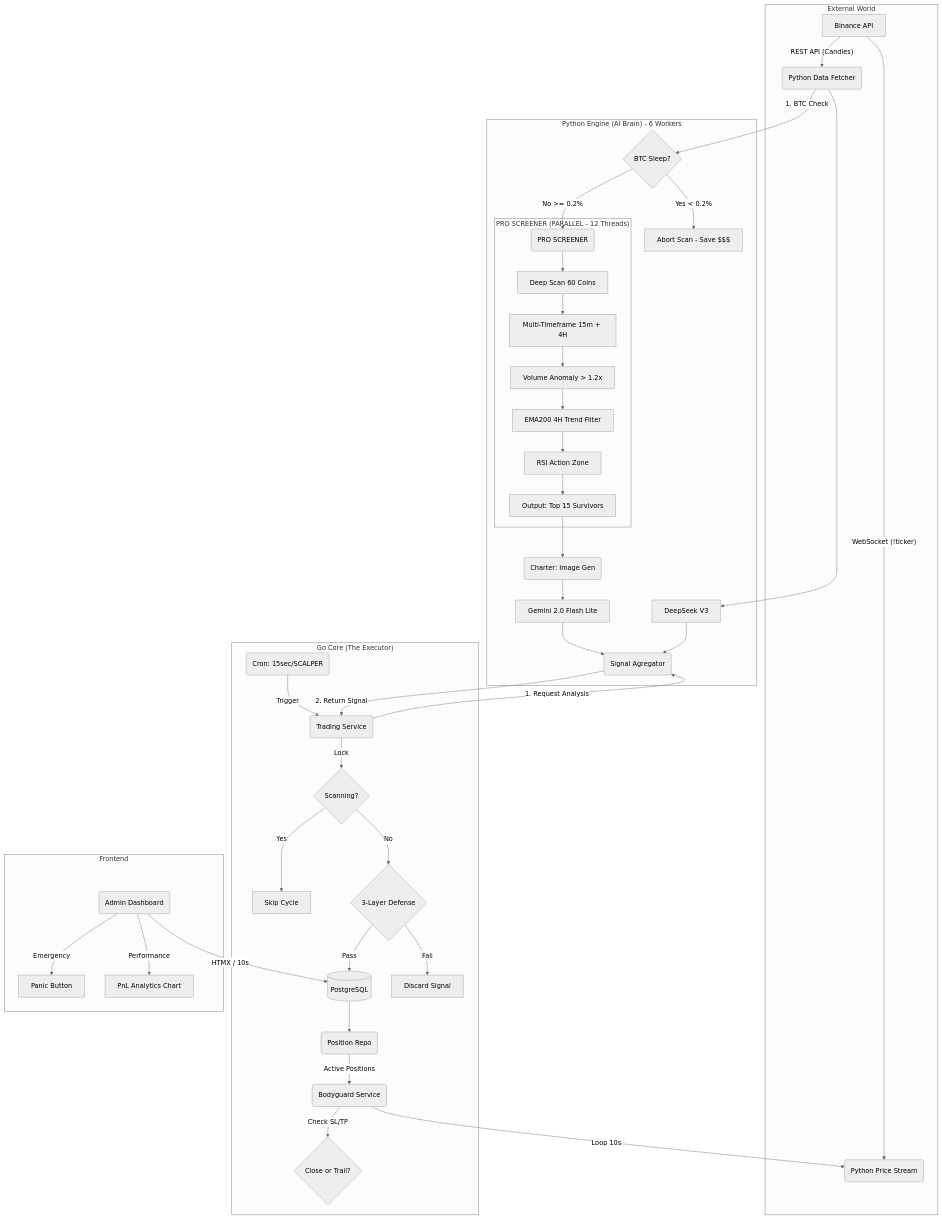
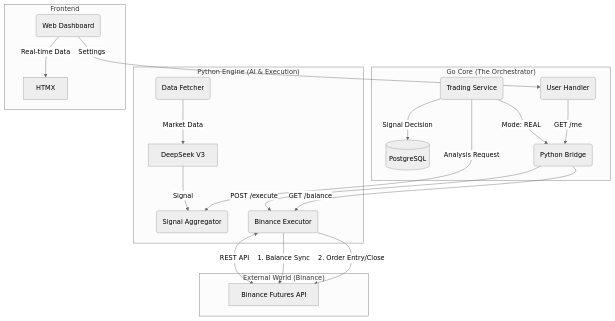
Before and after one commit to virhanali/neurotrade: the diagram in .claude/claude.md, drawn with Mermaid (neutral theme). The commit also changed other lines of this file and 2 other files, not shown here.

Commit message:
feat: Add real trading control and user settings UI, and update documentation to reflect real trading integration and execution engine details.

````diff
--- a/.claude/claude.md
+++ b/.claude/claude.md
@@ -51,51 +44,31 @@
 ```mermaid
 graph TD
-    subgraph "External World"
-        BINANCE[Binance API] --WebSocket (!ticker)--> PY_WS(Python Price Stream)
-        BINANCE --REST API (Candles)--> PY_DATA(Python Data Fetcher)
+    subgraph "External World (Binance)"
+        BINANCE[Binance Futures API]
     end
 
-    subgraph "Python Engine (AI Brain) - 6 Workers"
-        PY_DATA -->|1. BTC Check| BTC_FILTER{BTC Sleep?}
-        BTC_FILTER -->|Yes < 0.2%| STOP_SCAN[Abort Scan - Save $$$]
-        BTC_FILTER -->|No >= 0.2%| SCREENER(PRO SCREENER)
+    subgraph "Python Engine (AI & Execution)"
+        PY_DATA(Data Fetcher) -->|Market Data| AI_LOGIC[DeepSeek V3]
+        AI_LOGIC -->|Signal| AGGREGATOR(Signal Aggregator)
         
-        subgraph "PRO SCREENER (PARALLEL - 12 Threads)"
-            SCREENER --> DEEP_SCAN[Deep Scan 60 Coins]
-            DEEP_SCAN --> MTF[Multi-Timeframe 15m + 4H]
-            MTF --> VOL_CHECK[Volume Anomaly > 1.2x]
-            VOL_CHECK --> TREND_ALIGN[EMA200 4H Trend Filter]
-            TREND_ALIGN --> RSI_ZONE[RSI Action Zone]
-            RSI_ZONE --> TOP_N[Output: Top 15 Survivors]
-        end
-
-        TOP_N --> CHARTER(Charter: Image Gen)
-        CHARTER --> AI_VISION[Gemini 2.0 Flash Lite]
-        PY_DATA --> AI_LOGIC[DeepSeek V3]
-        AI_VISION & AI_LOGIC --> AGGREGATOR(Signal Agregator)
+        EXECUTOR(Binance Executor) <-->|REST API| BINANCE
+        EXECUTOR -->|1. Balance Sync| BINANCE
+        EXECUTOR -->|2. Order Entry/Close| BINANCE
     end
 
-    subgraph "Go Core (The Executor)"
-        SCHEDULER(Cron: 15sec/SCALPER) -->|Trigger| TRADING_SVC(Trading Service)
-        TRADING_SVC -->|1. Request Analysis| AGGREGATOR
-        AGGREGATOR -->|2. Return Signal| TRADING_SVC
+    subgraph "Go Core (The Orchestrator)"
+        TRADING_SVC(Trading Service) -->|Analysis Request| AGGREGATOR
+        TRADING_SVC -->|Signal Decision| DB[(PostgreSQL)]
         
-        TRADING_SVC -->|Lock| MUTEX{Scanning?}
-        MUTEX -->|Yes| SKIP[Skip Cycle]
-        MUTEX -->|No| GUARD_RAILS{3-Layer Defense}
+        TRADING_SVC --Mode: REAL--> PYTHON_BRIDGE(Python Bridge)
+        PYTHON_BRIDGE -->|POST /execute| EXECUTOR
         
-        GUARD_RAILS -->|Pass| DB[(PostgreSQL)]
-        GUARD_RAILS -->|Fail| DROP[Discard Signal]
-        
-        DB --> POS_REPO(Position Repo)
-        POS_REPO -->|Active Positions| BODYGUARD(Bodyguard Service)
-        BODYGUARD --Loop 10s--> PY_WS
-        BODYGUARD -->|Check SL/TP| ACTION{Close or Trail?}
+        USER_HANDLER(User Handler) -->|GET /me| PYTHON_BRIDGE
+        PYTHON_BRIDGE -->|GET /balance| EXECUTOR
     end
-
+    
     subgraph "Frontend"
-        ADMIN(Admin Dashboard) --HTMX / 10s--> DB
-        ADMIN -->|Emergency| PANIC[Panic Button]
-        ADMIN -->|Performance| CHART[PnL Analytics Chart]
+        DASHBOARD(Web Dashboard) -->|Settings| USER_HANDLER
+        DASHBOARD -->|Real-time Data| HTMX
     end
 ```
````
